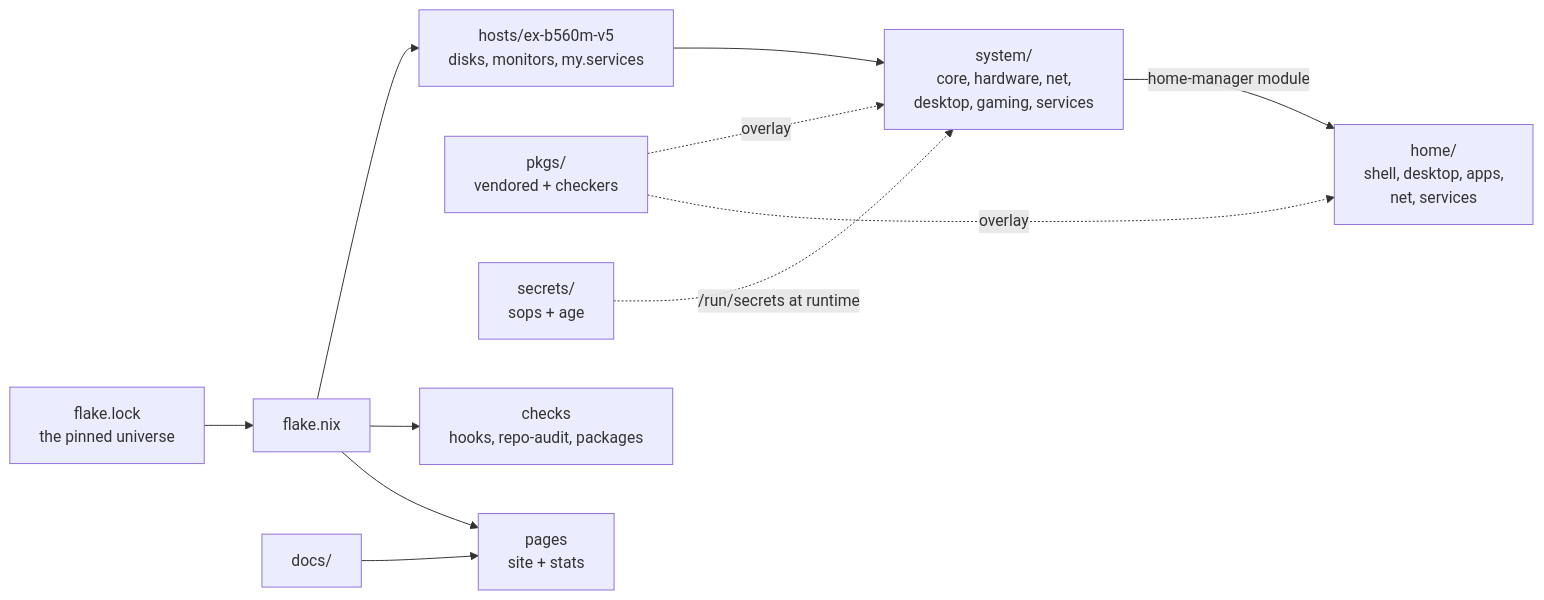
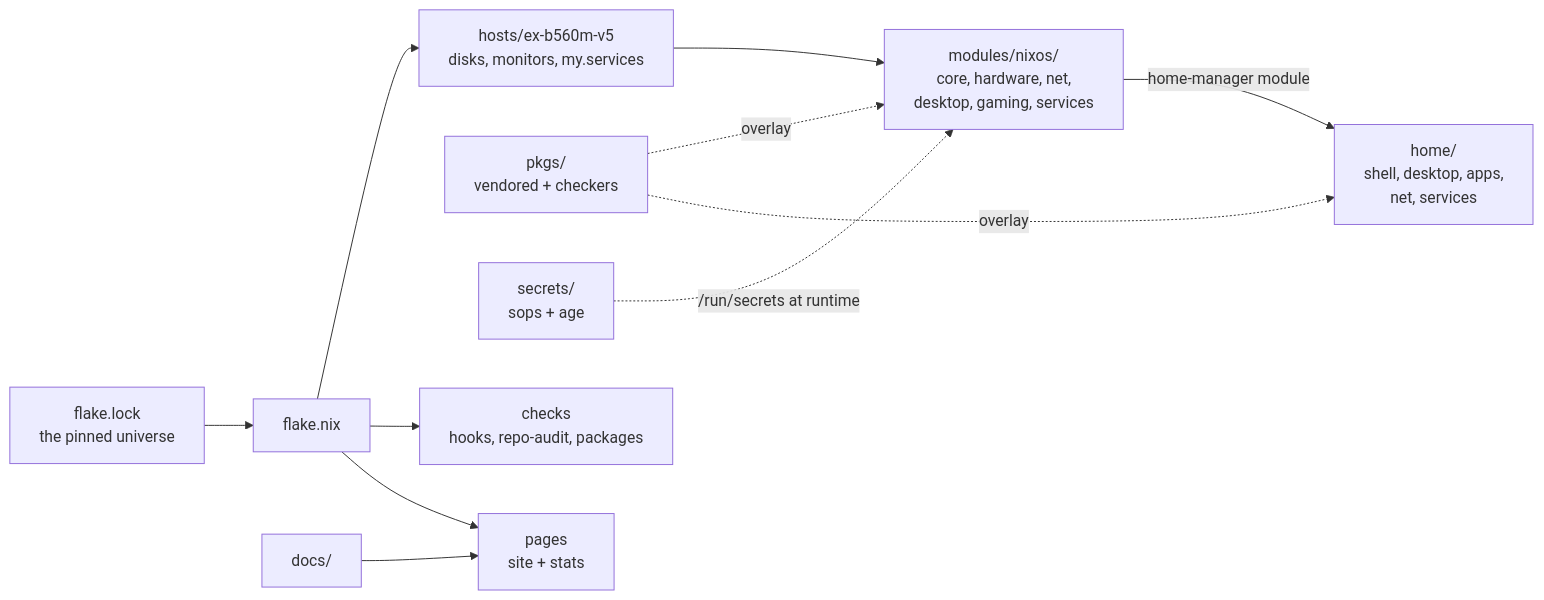
Before and after one commit to v1cferr/dotfiles: the diagram in README.md, drawn with Mermaid. The commit also changed other lines of this file and 148 other files, not shown here.

First line of the commit message:
refactor(modules): move system/ to modules/nixos/

````diff
--- a/README.md
+++ b/README.md
@@ -85,13 +85,13 @@
 ```mermaid
 flowchart LR
   lock[flake.lock<br/>the pinned universe] --> flake[flake.nix]
   flake --> host[hosts/ex-b560m-v5<br/>disks, monitors, my.services]
-  host --> system[system/<br/>core, hardware, net,<br/>desktop, gaming, services]
+  host --> system[modules/nixos/<br/>core, hardware, net,<br/>desktop, gaming, services]
   system -->|home-manager module| home[home/<br/>shell, desktop, apps,<br/>net, services]
   pkgs[pkgs/<br/>vendored + checkers] -.->|overlay| system
   pkgs -.->|overlay| home
   secrets[secrets/<br/>sops + age] -.->|/run/secrets at runtime| system
   flake --> checks[checks<br/>hooks, repo-audit, packages]
   docs[docs/] --> pages[pages<br/>site + stats]
   flake --> pages
 ```
````
